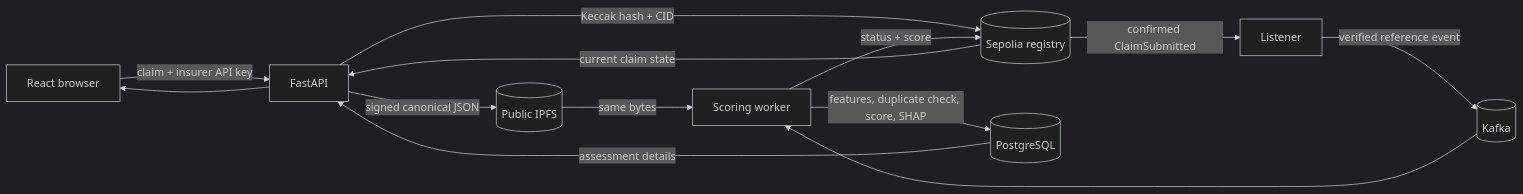
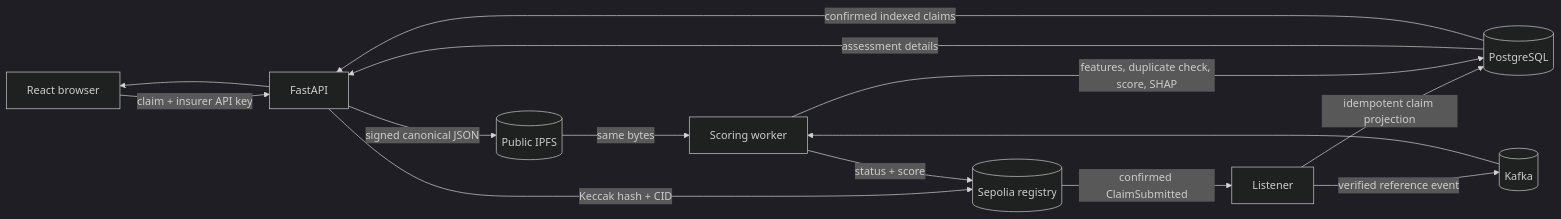
The first of 3 diagrams in README.md (ganesh1997oli/Decentralized-Claims-Registry), drawn with Mermaid (dark theme) before and after one commit. The commit also changed other lines of this file and 36 other files, not shown here.

````diff
--- a/README.md
+++ b/README.md
@@ -13,15 +13,16 @@
 ```mermaid
 flowchart LR
     Browser["React browser"] -->|"claim + insurer API key"| API["FastAPI"]
     API -->|"signed canonical JSON"| IPFS[("Public IPFS")]
     API -->|"Keccak hash + CID"| Chain[("Sepolia registry")]
     Chain -->|"confirmed ClaimSubmitted"| Listener["Listener"]
+    Listener -->|"idempotent claim projection"| Postgres[("PostgreSQL")]
     Listener -->|"verified reference event"| Kafka[("Kafka")]
     Kafka --> Worker["Scoring worker"]
     IPFS -->|"same bytes"| Worker
-    Worker -->|"features, duplicate check, score, SHAP"| Postgres[("PostgreSQL")]
+    Worker -->|"features, duplicate check, score, SHAP"| Postgres
     Worker -->|"status + score"| Chain
     Postgres -->|"assessment details"| API
-    Chain -->|"current claim state"| API
+    Postgres -->|"confirmed indexed claims"| API
     API --> Browser
 ```
````
